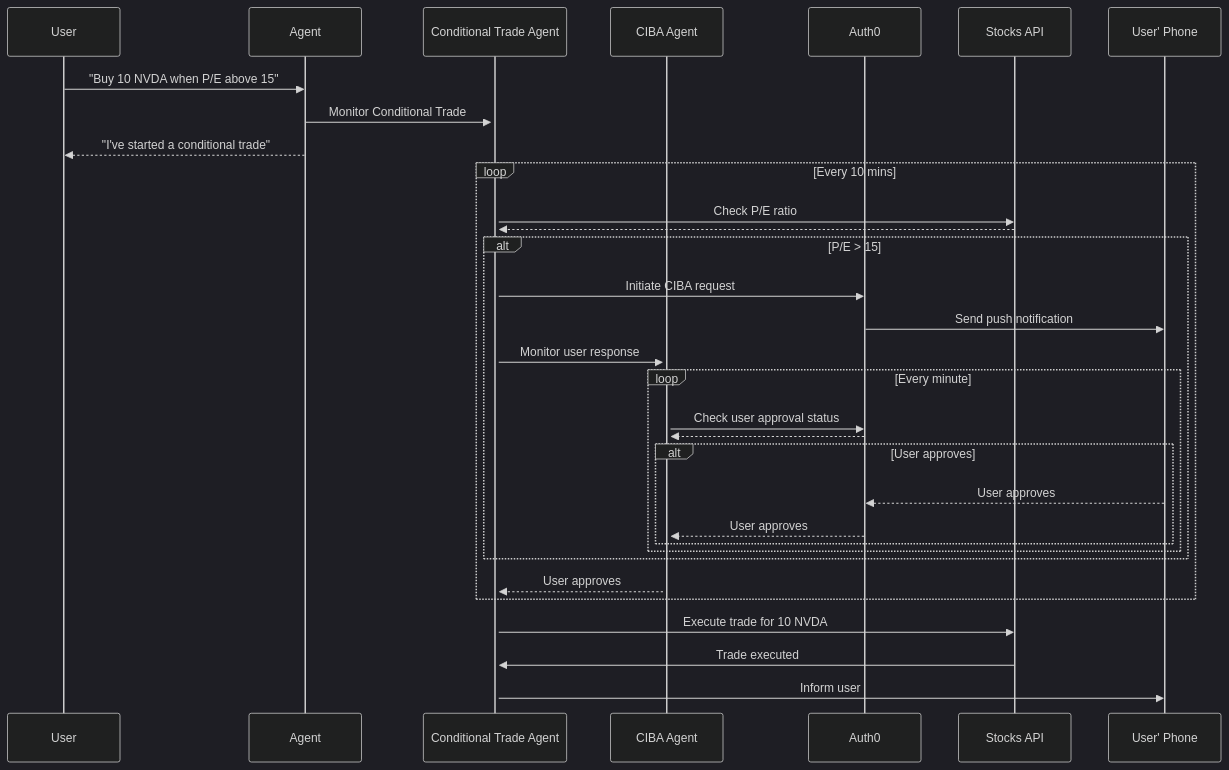
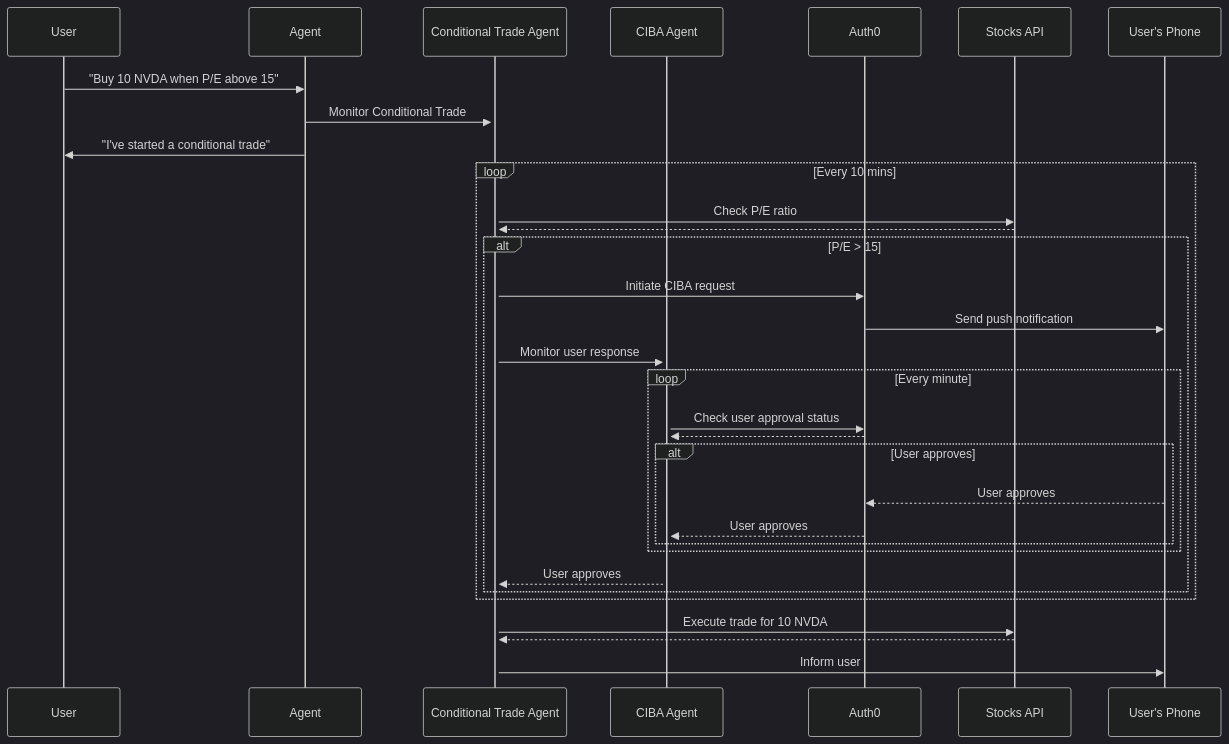
One commit to auth0-lab/auth0-ai-js changed the diagram in examples/step-up-authentication/langchain/README.md. Above: the diagram before and after it, drawn with Mermaid (dark theme).

Commit message:
fixing diagram

````diff
--- a/examples/step-up-authentication/langchain/README.md
+++ b/examples/step-up-authentication/langchain/README.md
@@ -51,36 +51,35 @@
 ```mermaid
 sequenceDiagram
     participant User
     participant Agent
     participant Conditional Trade Agent
     participant CIBA Agent
     participant Auth0
     participant Stocks API
-    participant User' Phone
+    participant User's Phone
 
-User->>Agent: "Buy 10 NVDA when P/E above 15"
-Agent->>+Conditional Trade Agent: Monitor Conditional Trade
-Agent-->>User: "I've started a conditional trade"
-loop Every 10 mins
-    Conditional Trade Agent->>Stocks API: Check P/E ratio
-    Stocks API-->>Conditional Trade Agent:
-    alt P/E > 15
-        Conditional Trade Agent->>Auth0: Initiate CIBA request
-        Auth0->>User' Phone: Send push notification
-        Conditional Trade Agent->>+CIBA Agent: Monitor user response
-        loop Every minute
-            CIBA Agent->>Auth0: Check user approval status
-            Auth0-->>CIBA Agent:
-            alt User approves
-                User' Phone-->>Auth0: User approves
-                Auth0-->>CIBA Agent: User approves
-
+    User->>Agent: "Buy 10 NVDA when P/E above 15"
+    Agent->>+Conditional Trade Agent: Monitor Conditional Trade
+    Agent->>User: "I've started a conditional trade"
+    loop Every 10 mins
+        Conditional Trade Agent->>Stocks API: Check P/E ratio
+        Stocks API-->>Conditional Trade Agent:  
+        alt P/E > 15
+            Conditional Trade Agent->>Auth0: Initiate CIBA request
+            Auth0->>User's Phone: Send push notification
+            Conditional Trade Agent->>+CIBA Agent: Monitor user response
+            loop Every minute
+                CIBA Agent->>Auth0: Check user approval status
+                Auth0-->>CIBA Agent: 
+                alt User approves
+                    User's Phone-->>Auth0: User approves
+                    Auth0-->>CIBA Agent: User approves
+                end
             end
+            CIBA Agent-->>Conditional Trade Agent: User approves
         end
     end
-    CIBA Agent-->>Conditional Trade Agent: User approves
-end
     Conditional Trade Agent->>Stocks API: Execute trade for 10 NVDA
-    Stocks API->>Conditional Trade Agent: Trade executed
-    Conditional Trade Agent->>User' Phone: Inform user
+    Stocks API-->>Conditional Trade Agent: 
+    Conditional Trade Agent->>User's Phone: Inform user
 ```
````
